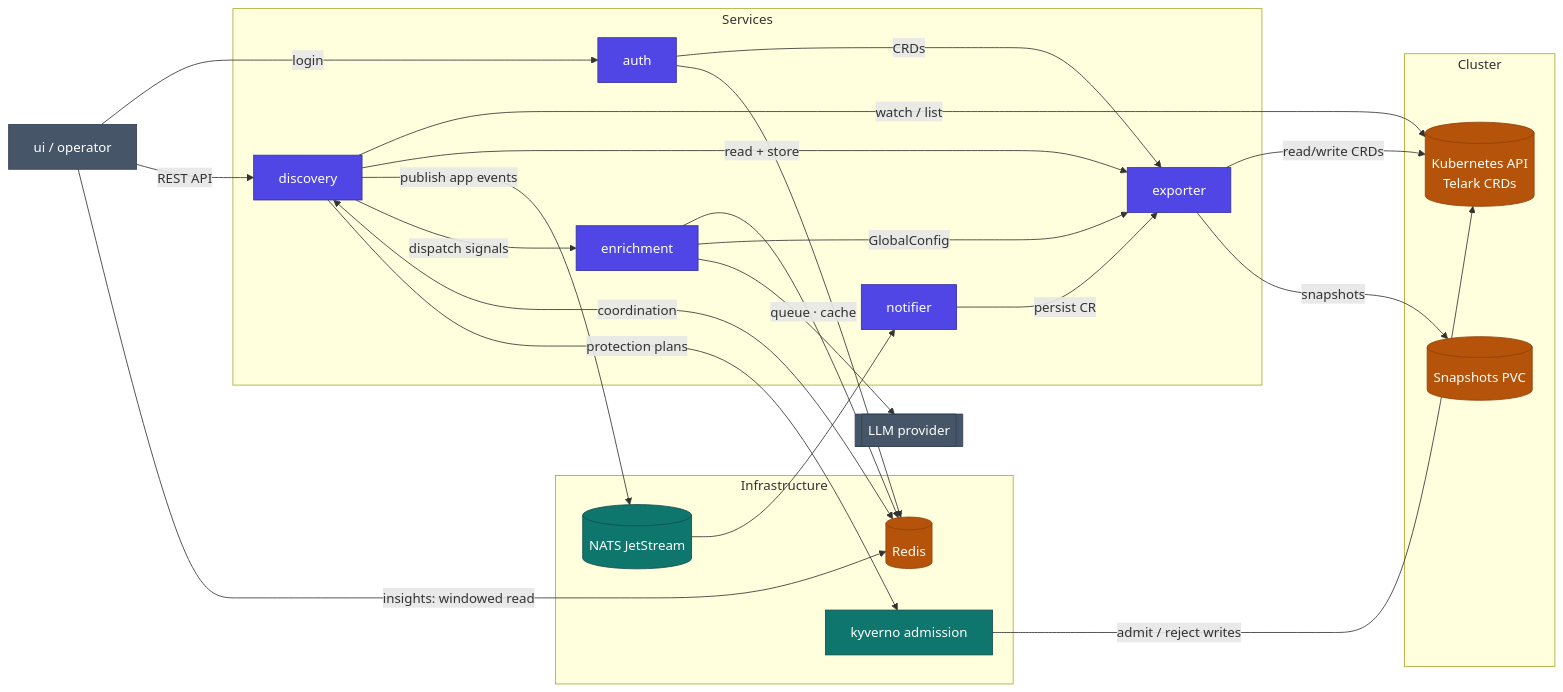
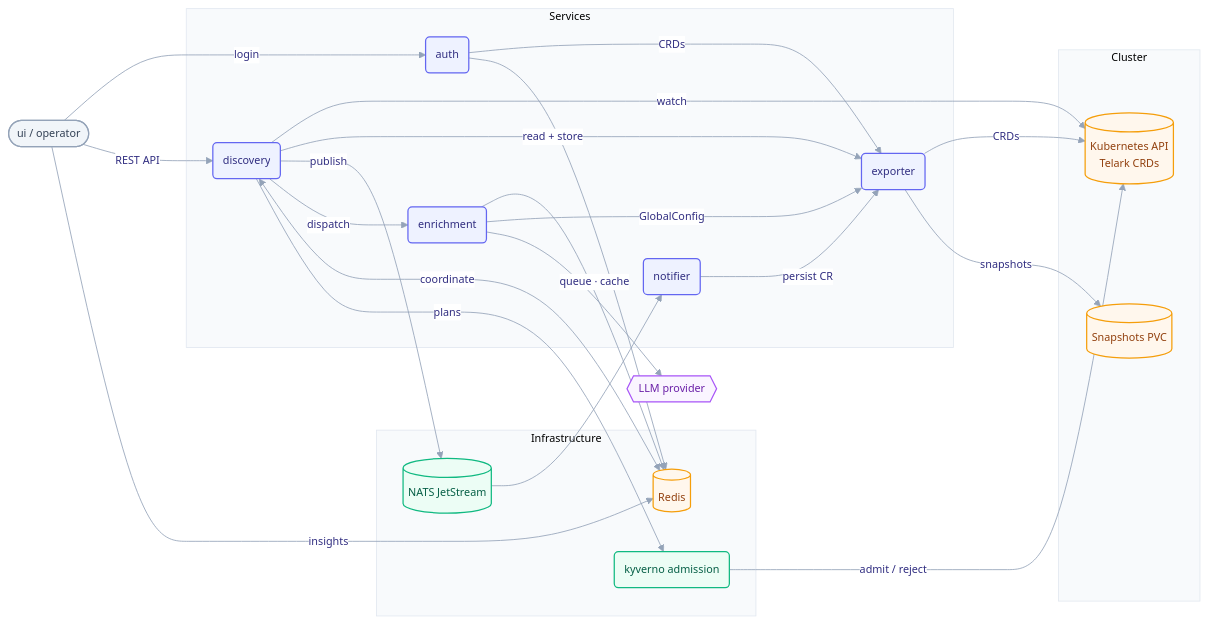
Before and after one commit to telark/telark: the diagram in docs/architecture.md, drawn with Mermaid. The commit also changed 14 other files, not shown here.

Commit message:
adjust README graph style and add missing annotations for CRDs

````diff
--- a/docs/architecture.md
+++ b/docs/architecture.md
@@ -7,56 +7,59 @@
 ```mermaid
+%%{init: {"theme":"base","themeVariables":{"fontFamily":"ui-sans-serif, system-ui, -apple-system, Segoe UI, Roboto, sans-serif","fontSize":"13px","lineColor":"#94a3b8","primaryColor":"#eef2ff","primaryBorderColor":"#6366f1","primaryTextColor":"#312e81","edgeLabelBackground":"#ffffff","clusterBkg":"#f8fafc","clusterBorder":"#e2e8f0"},"flowchart":{"curve":"basis","htmlLabels":true,"nodeSpacing":48,"rankSpacing":64,"padding":12}}}%%
 flowchart LR
-  UI[ui / operator]
+  UI(["ui / operator"])
 
   subgraph services["Services"]
-    AUTH[auth]
-    DISC[discovery]
-    EXP[exporter]
-    ENR[enrichment]
-    NTF[notifier]
+    AUTH(auth)
+    DISC(discovery)
+    EXP(exporter)
+    ENR(enrichment)
+    NTF(notifier)
   end
 
   subgraph infra["Infrastructure"]
     REDIS[("Redis")]
     NATS[("NATS JetStream")]
-    KYV[kyverno admission]
+    KYV(kyverno admission)
   end
 
   subgraph cluster["Cluster"]
     K8S[("Kubernetes API<br/>Telark CRDs")]
     PVC[("Snapshots PVC")]
   end
 
-  LLM[["LLM provider"]]
+  LLM{{"LLM provider"}}
 
   UI -->|login| AUTH
   UI -->|REST API| DISC
-  UI -->|insights: windowed read| REDIS
+  UI -->|insights| REDIS
 
   AUTH -->|CRDs| EXP
   AUTH --> REDIS
 
-  DISC -->|watch / list| K8S
+  DISC -->|watch| K8S
   DISC -->|read + store| EXP
-  DISC -->|publish app events| NATS --> NTF -->|persist CR| EXP
-  DISC -->|dispatch signals| ENR
-  DISC <-->|coordination| REDIS
-  DISC -->|protection plans| KYV
-  KYV -->|admit / reject writes| K8S
+  DISC -->|publish| NATS --> NTF -->|persist CR| EXP
+  DISC -->|dispatch| ENR
+  DISC <-->|coordinate| REDIS
+  DISC -->|plans| KYV
+  KYV -->|admit / reject| K8S
 
   ENR -->|queue · cache| REDIS
   ENR -->|GlobalConfig| EXP
   ENR --> LLM
 
-  EXP -->|read/write CRDs| K8S
+  EXP -->|CRDs| K8S
   EXP -->|snapshots| PVC
 
-  classDef svc fill:#4f46e5,stroke:#3730a3,color:#fff;
-  classDef infra fill:#0f766e,stroke:#134e4a,color:#fff;
-  classDef store fill:#b45309,stroke:#92400e,color:#fff;
-  classDef peer fill:#475569,stroke:#334155,color:#fff;
+  classDef svc fill:#eef2ff,stroke:#6366f1,stroke-width:1.5px,color:#312e81;
+  classDef infra fill:#ecfdf5,stroke:#10b981,stroke-width:1.5px,color:#065f46;
+  classDef store fill:#fff7ed,stroke:#f59e0b,stroke-width:1.5px,color:#92400e;
+  classDef peer fill:#f1f5f9,stroke:#94a3b8,stroke-width:1.5px,color:#334155;
+  classDef ext fill:#faf5ff,stroke:#a855f7,stroke-width:1.5px,color:#6b21a8;
   class AUTH,DISC,EXP,ENR,NTF svc;
   class NATS,KYV infra;
   class REDIS,K8S,PVC store;
-  class UI,LLM peer;
+  class UI peer;
+  class LLM ext;
 ```
````
